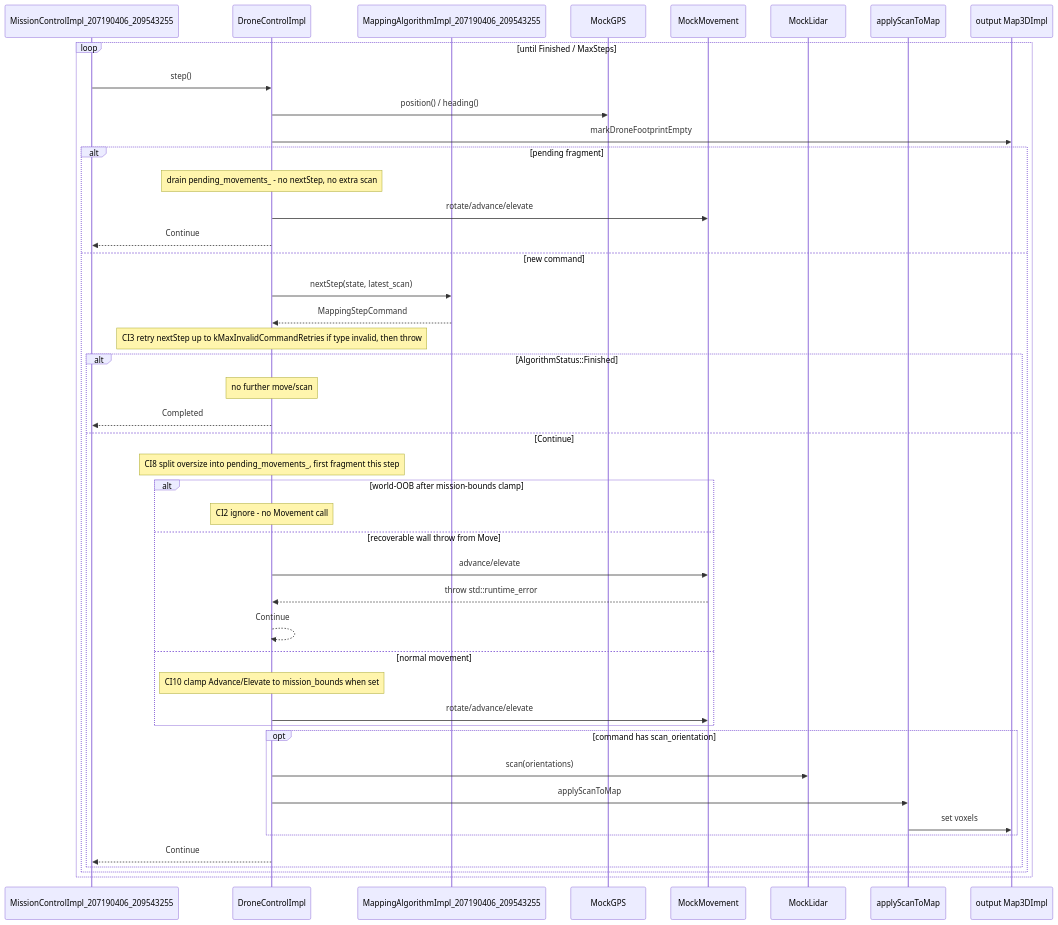
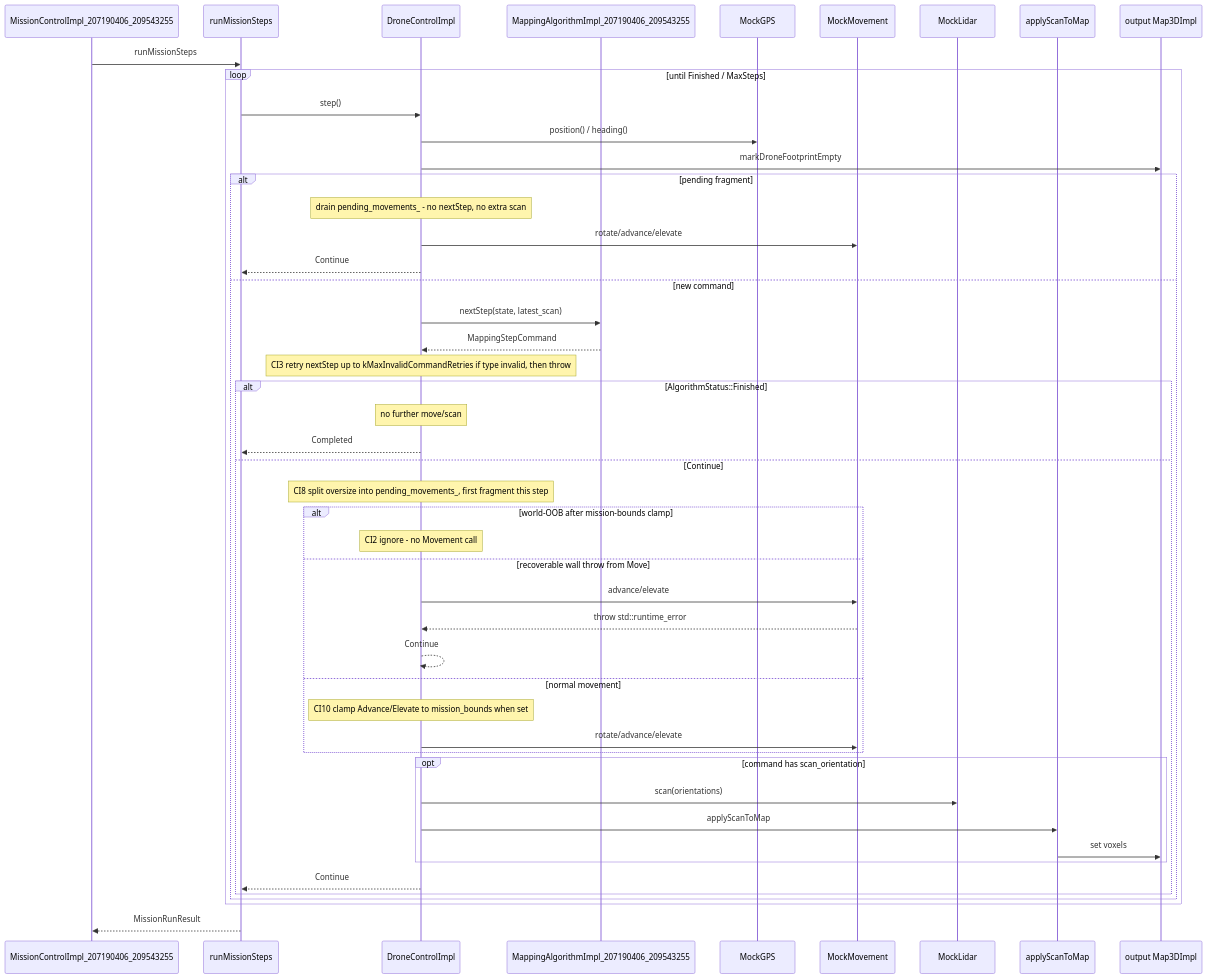
One commit to Sagi154/Drone-Mapper-ex3 changed the diagram in docs/hld/seq-drone-step.mmd. Above: the diagram before and after it, drawn with Mermaid. The commit also changed 11 other files, not shown here.

First line of the commit message:
docs: update HLD and class diagrams with new components and sequences

```diff
--- a/docs/hld/seq-drone-step.mmd
+++ b/docs/hld/seq-drone-step.mmd
@@ -1,46 +1,49 @@
 sequenceDiagram
     participant MC as MissionControlImpl_207190406_209543255
+    participant Steps as runMissionSteps
     participant DC as DroneControlImpl
     participant Algo as MappingAlgorithmImpl_207190406_209543255
     participant GPS as MockGPS
     participant Move as MockMovement
     participant Lidar as MockLidar
     participant SR as applyScanToMap
     participant Map as output Map3DImpl
 
+    MC->>Steps: runMissionSteps
     loop until Finished / MaxSteps
-        MC->>DC: step()
+        Steps->>DC: step()
         DC->>GPS: position() / heading()
         DC->>Map: markDroneFootprintEmpty
         alt pending fragment
             Note over DC: drain pending_movements_ - no nextStep, no extra scan
             DC->>Move: rotate/advance/elevate
-            DC-->>MC: Continue
+            DC-->>Steps: Continue
         else new command
             DC->>Algo: nextStep(state, latest_scan)
             Algo-->>DC: MappingStepCommand
             Note over DC: CI3 retry nextStep up to kMaxInvalidCommandRetries if type invalid, then throw
             alt AlgorithmStatus::Finished
                 Note over DC: no further move/scan
-                DC-->>MC: Completed
+                DC-->>Steps: Completed
             else Continue
                 Note over DC: CI8 split oversize into pending_movements_, first fragment this step
                 alt world-OOB after mission-bounds clamp
                     Note over DC: CI2 ignore - no Movement call
                 else recoverable wall throw from Move
                     DC->>Move: advance/elevate
                     Move-->>DC: throw std::runtime_error
                     DC-->>DC: Continue
                 else normal movement
                     Note over DC: CI10 clamp Advance/Elevate to mission_bounds when set
                     DC->>Move: rotate/advance/elevate
                 end
                 opt command has scan_orientation
                     DC->>Lidar: scan(orientations)
                     DC->>SR: applyScanToMap
                     SR->>Map: set voxels
                 end
-                DC-->>MC: Continue
+                DC-->>Steps: Continue
             end
         end
     end
+    Steps-->>MC: MissionRunResult
```
